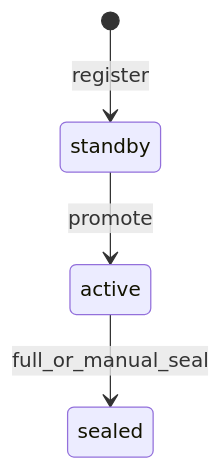
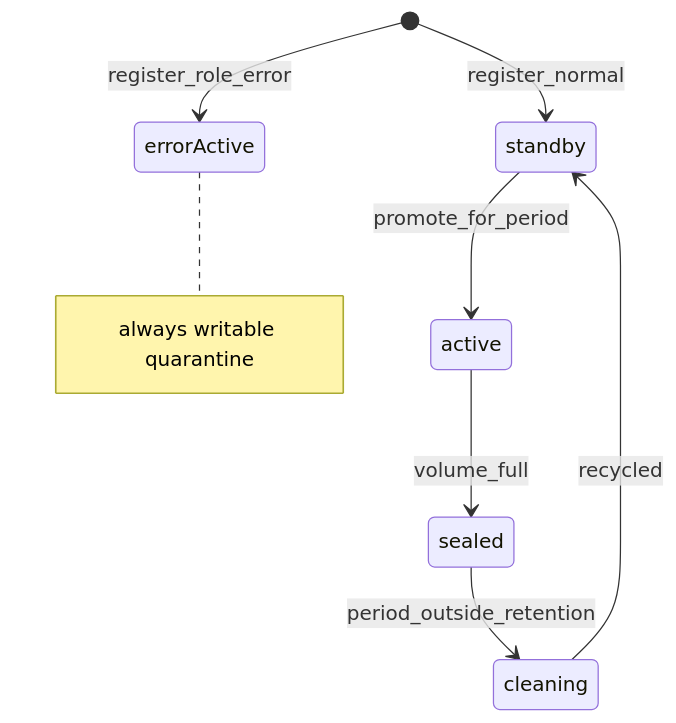
One commit to tormoz70/shardman changed the second of 2 diagrams in docs/mvp-plan.md. Above: the diagram before and after it, drawn with Mermaid. The commit also changed other lines of this file and 2 other files, not shown here.

````diff
--- a/docs/mvp-plan.md
+++ b/docs/mvp-plan.md
@@ -49,6 +36,11 @@
 ```mermaid
 stateDiagram-v2
-  [*] --> standby: register
-  standby --> active: promote
-  active --> sealed: full_or_manual_seal
+  [*] --> standby: register_normal
+  standby --> active: promote_for_period
+  active --> sealed: volume_full
+  sealed --> cleaning: period_outside_retention
+  cleaning --> standby: recycled
+
+  [*] --> errorActive: register_role_error
+  note right of errorActive: always writable quarantine
 ```
````
